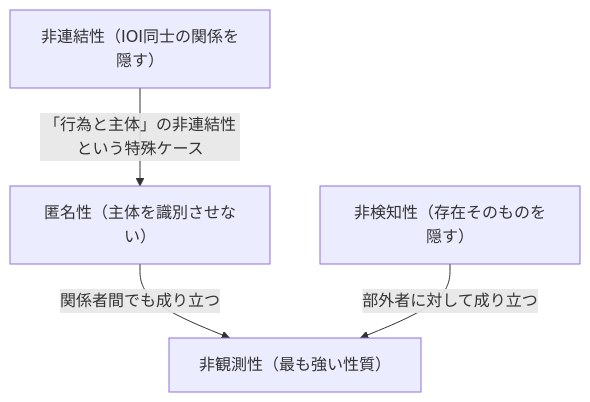
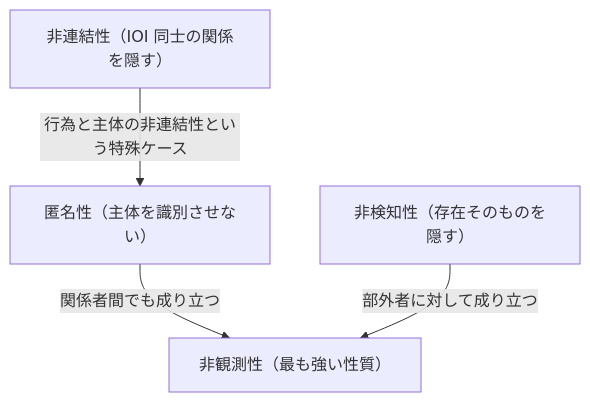
The diagram in topics/03_privacy/01_privacy-concepts.md (SomaTomita/sec-prep), drawn with Mermaid before and after one commit. The commit also changed other lines of this file and 4 other files, not shown here.

````diff
--- a/topics/03_privacy/01_privacy-concepts.md
+++ b/topics/03_privacy/01_privacy-concepts.md
@@ -81,10 +53,10 @@
 ```mermaid
 flowchart TD
-    UL["非連結性（IOI同士の関係を隠す）"]
+    UL["非連結性（IOI 同士の関係を隠す）"]
     AN["匿名性（主体を識別させない）"]
     UD["非検知性（存在そのものを隠す）"]
     UO["非観測性（最も強い性質）"]
-    UL -->|「行為と主体」の非連結性という特殊ケース| AN
-    AN -->|関係者間でも成り立つ| UO
-    UD -->|部外者に対して成り立つ| UO
+    UL -->|"行為と主体の非連結性という特殊ケース"| AN
+    AN -->|"関係者間でも成り立つ"| UO
+    UD -->|"部外者に対して成り立つ"| UO
 ```
````
